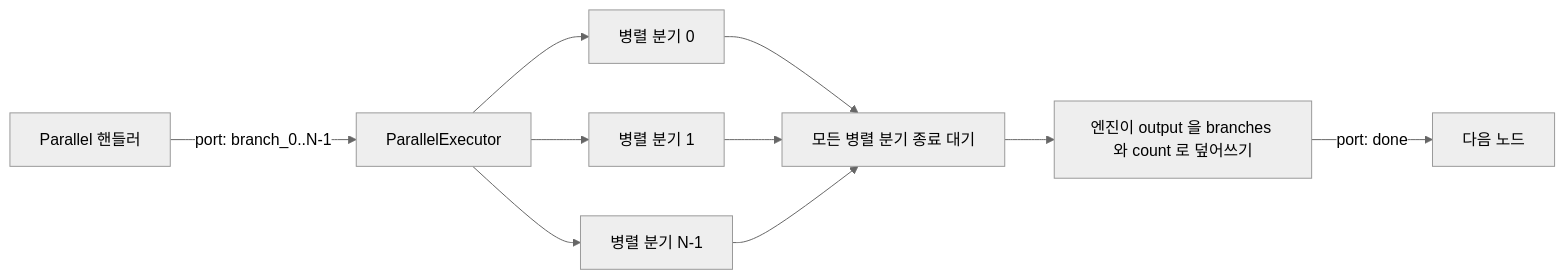
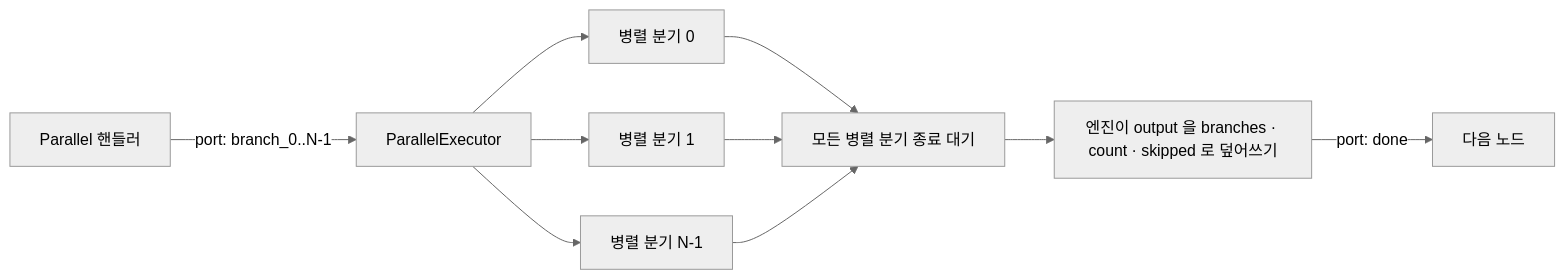
Before and after one commit to worker-ants/clemvion: the diagram in spec/CLE-NODE-LOGIC/CLE-NODE-PARALLEL.md, drawn with Mermaid (neutral theme). The commit also changed other lines of this file and 4 other files, not shown here.

````diff
--- a/spec/CLE-NODE-LOGIC/CLE-NODE-PARALLEL.md
+++ b/spec/CLE-NODE-LOGIC/CLE-NODE-PARALLEL.md
@@ -106,12 +128,12 @@
 ```mermaid
 flowchart LR
   A[Parallel 핸들러] -->|"port: branch_0..N-1"| B[ParallelExecutor]
   B --> C1[병렬 분기 0]
   B --> C2[병렬 분기 1]
   B --> C3[병렬 분기 N-1]
   C1 --> D[모든 병렬 분기 종료 대기]
   C2 --> D
   C3 --> D
-  D --> E[엔진이 output 을 branches 와 count 로 덮어쓰기]
+  D --> E["엔진이 output 을 branches · count · skipped 로 덮어쓰기"]
   E -->|"port: done"| F[다음 노드]
 ```
````
